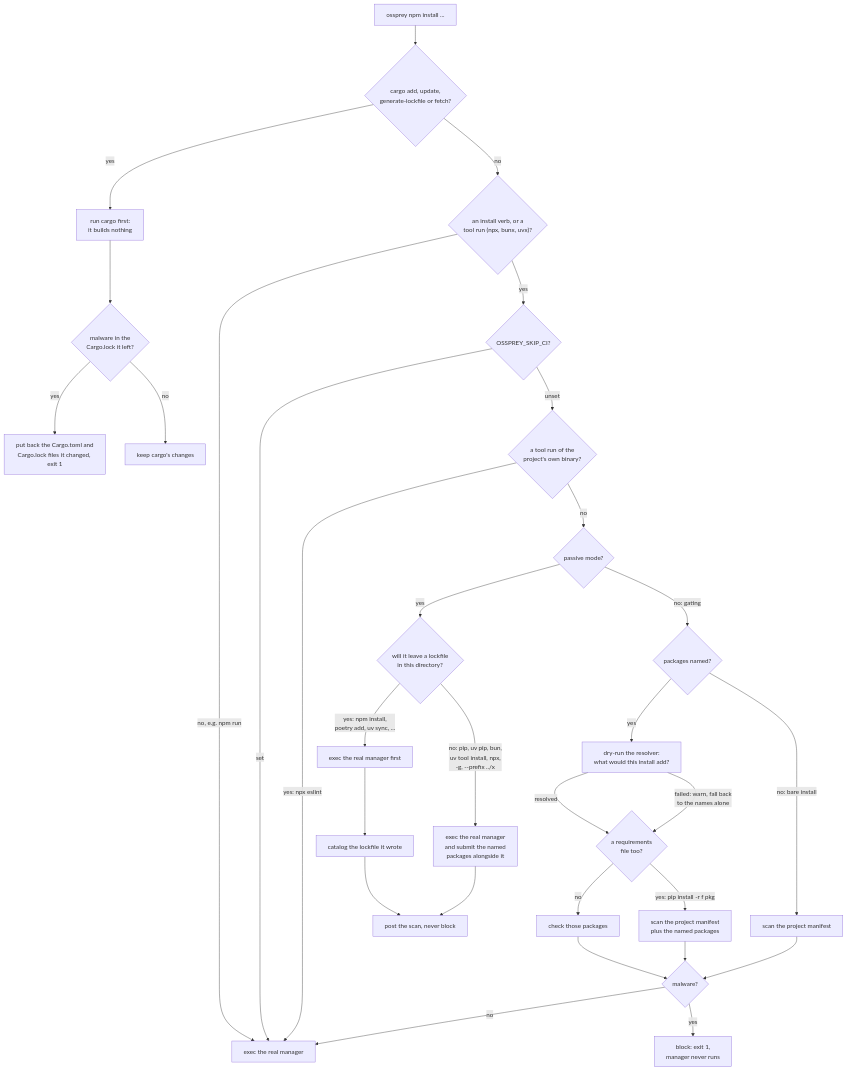
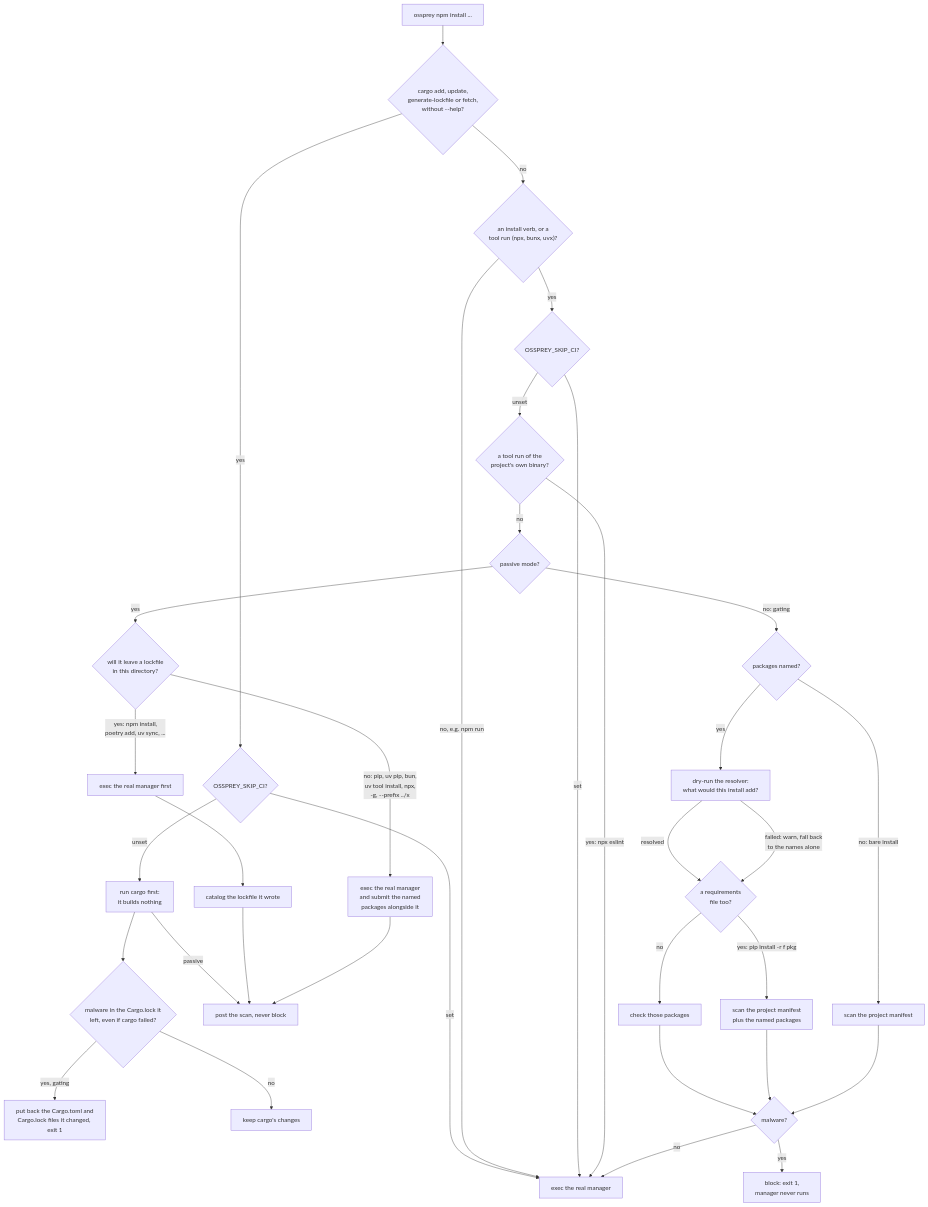
One commit to ossprey/ossprey-cli changed the second of 3 diagrams in docs/architecture.md. Above: the diagram before and after it, drawn with Mermaid. The commit also changed other lines of this file and 2 other files, not shown here.

Commit message:
docs: describe failed cargo commands, cargo install's registry and config includes (OSS-2553)
The generic forwarder statements and the architecture diagram now say that
the cargo commands checked after they run are the exception, the diagram
shows the skip-ci and --help paths, and CLAUDE.md keeps the why.

````diff
--- a/docs/architecture.md
+++ b/docs/architecture.md
@@ -49,35 +49,38 @@
 ```mermaid
 flowchart TD
-    S["ossprey npm install ..."] --> CA{"cargo add, update,<br/>generate-lockfile or fetch?"}
-    CA -- "yes" --> CB["run cargo first:<br/>it builds nothing"]
-    CB --> CC{"malware in the<br/>Cargo.lock it left?"}
-    CC -- "yes" --> CD["put back the Cargo.toml and<br/>Cargo.lock files it changed, exit 1"]
+    S["ossprey npm install ..."] --> CA{"cargo add, update,<br/>generate-lockfile or fetch,<br/>without --help?"}
+    CA -- "yes" --> CV{"OSSPREY_SKIP_CI?"}
+    CV -- "set" --> U
+    CV -- "unset" --> CB["run cargo first:<br/>it builds nothing"]
+    CB --> CC{"malware in the Cargo.lock it<br/>left, even if cargo failed?"}
+    CC -- "yes, gating" --> CD["put back the Cargo.toml and<br/>Cargo.lock files it changed, exit 1"]
     CC -- "no" --> CE["keep cargo's changes"]
+    CB -- "passive" --> AF
     CA -- "no" --> T{"an install verb, or a<br/>tool run (npx, bunx, uvx)?"}
     T -- "no, e.g. npm run" --> U["exec the real manager"]
     T -- "yes" --> V{"OSSPREY_SKIP_CI?"}
     V -- "set" --> U
     V -- "unset" --> L{"a tool run of the<br/>project's own binary?"}
     L -- "yes: npx eslint" --> U
     L -- "no" --> W{"passive mode?"}
 
     W -- "no: gating" --> X{"packages named?"}
     X -- "yes" --> E["dry-run the resolver:<br/>what would this install add?"]
     E -- "resolved" --> R{"a requirements<br/>file too?"}
     E -- "failed: warn, fall back<br/>to the names alone" --> R
     R -- "no" --> Y["check those packages"]
     R -- "yes: pip install -r f pkg" --> RZ["scan the project manifest<br/>plus the named packages"]
     X -- "no: bare install" --> Z["scan the project manifest"]
     Y --> AA{"malware?"}
     RZ --> AA
     Z --> AA
     AA -- "yes" --> AB["block: exit 1,<br/>manager never runs"]
     AA -- "no" --> U
 
     W -- "yes" --> AC{"will it leave a lockfile<br/>in this directory?"}
     AC -- "yes: npm install,<br/>poetry add, uv sync, ..." --> AD["exec the real manager first"]
     AD --> AE["catalog the lockfile it wrote"]
     AE --> AF["post the scan, never block"]
     AC -- "no: pip, uv pip, bun,<br/>uv tool install, npx,<br/>-g, --prefix ../x" --> AG["exec the real manager<br/>and submit the named<br/>packages alongside it"]
     AG --> AF
 ```
````
